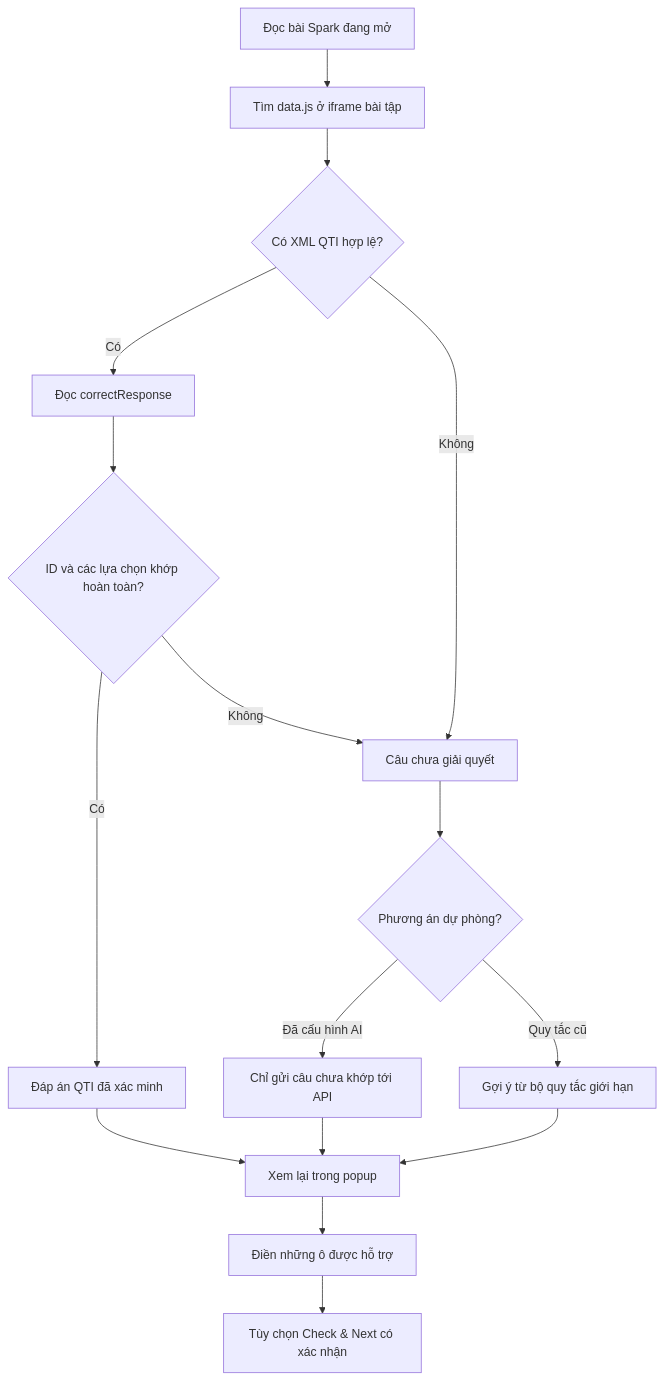
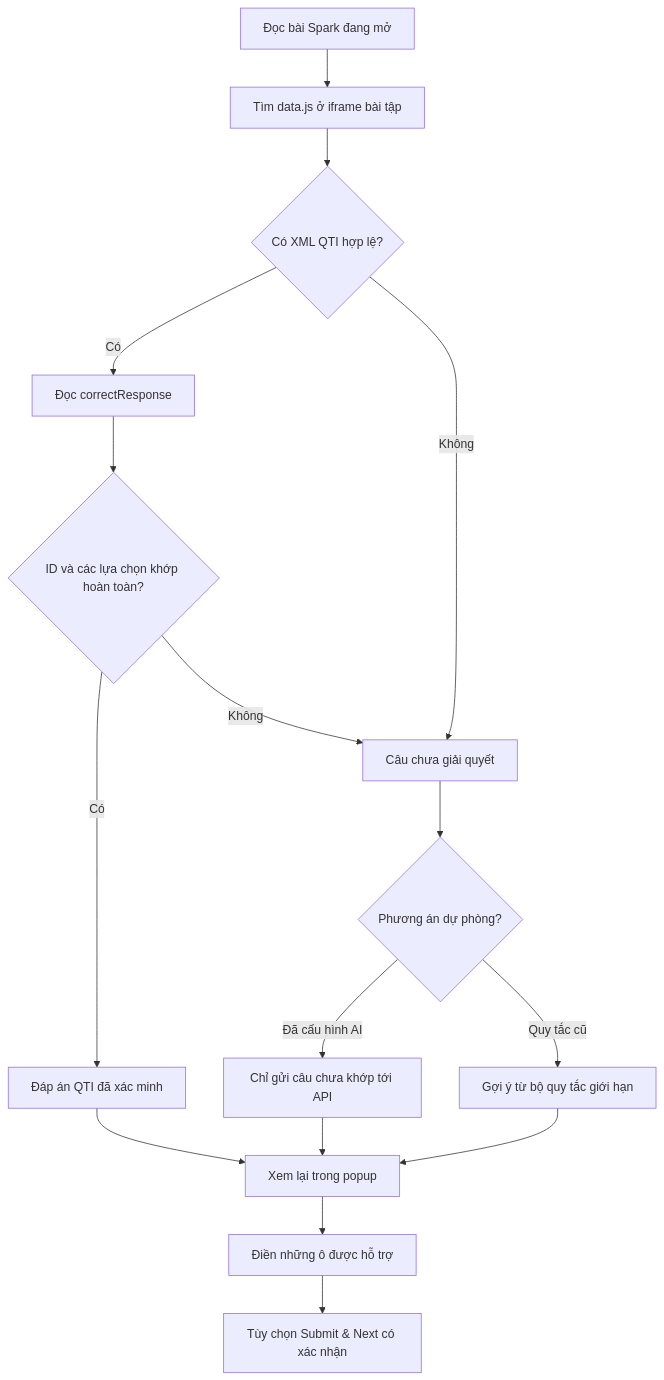
Before and after one commit to imnwngr/spark-study-assistant: the diagram in README.vi.md, drawn with Mermaid. The commit also changed other lines of this file and 10 other files, not shown here.

Commit message:
fix(submit): follow observed Gradebook submission and Next flow

````diff
--- a/README.vi.md
+++ b/README.vi.md
@@ -56,18 +62,18 @@
 ```mermaid
 flowchart TD
   A[Đọc bài Spark đang mở] --> B[Tìm data.js ở iframe bài tập]
   B --> C{Có XML QTI hợp lệ?}
   C -->|Có| D[Đọc correctResponse]
   D --> E{ID và các lựa chọn khớp hoàn toàn?}
   E -->|Có| F[Đáp án QTI đã xác minh]
   E -->|Không| G[Câu chưa giải quyết]
   C -->|Không| G
   G --> H{Phương án dự phòng?}
   H -->|Đã cấu hình AI| I[Chỉ gửi câu chưa khớp tới API]
   H -->|Quy tắc cũ| J[Gợi ý từ bộ quy tắc giới hạn]
   F --> K[Xem lại trong popup]
   I --> K
   J --> K
   K --> L[Điền những ô được hỗ trợ]
-  L --> M[Tùy chọn Check & Next có xác nhận]
+  L --> M[Tùy chọn Submit & Next có xác nhận]
 ```
````
